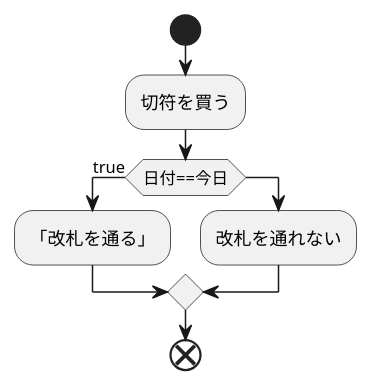
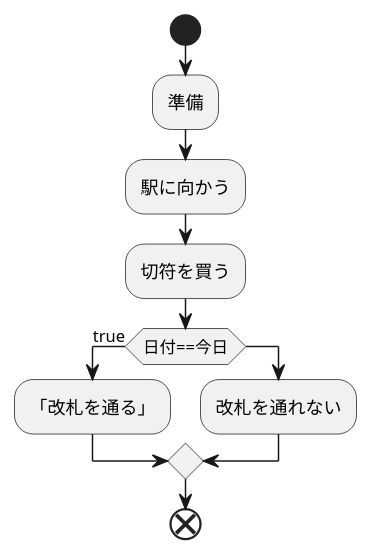
One commit to Aso2001224/2021sys-design changed the diagram in life.md. Above: the diagram before and after it, drawn with PlantUML.

````diff
--- a/life.md
+++ b/life.md
@@ -1,14 +1,16 @@
 ```uml
 @startuml
 start
+:準備;
+:駅に向かう;
 :切符を買う;
 
 if(日付==今日)then(true)
 :「改札を通る」;
 else
 :改札を通れない;
 endif
 
 end
 @enduml
 ```
````
